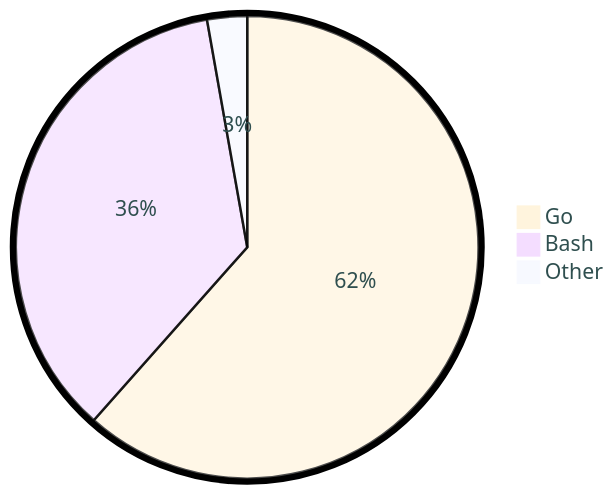
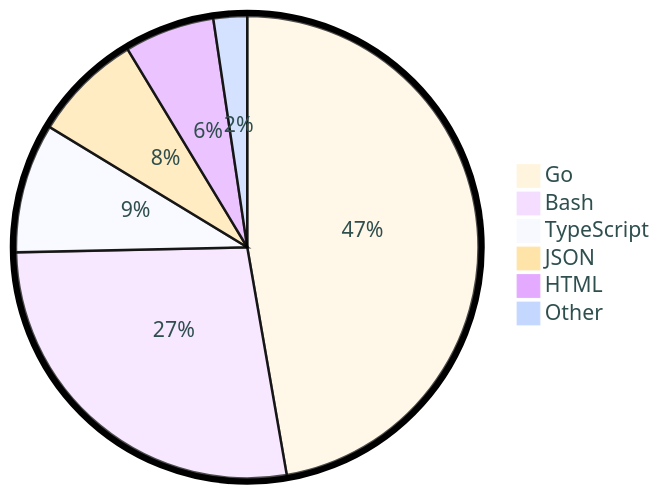
Before and after one commit to tot0p/tot0p: the diagram in README.md, drawn with Mermaid. The commit also changed other lines of this file, not shown here.

````diff
--- a/README.md
+++ b/README.md
@@ -69,7 +76,10 @@
 ```mermaid
 %%{init: {"pie": {"textPosition": 0.5}, "themeVariables": {"pieOuterStrokeWidth": "5px","primaryTextColor" : "#2F4F4F"},"theme":"base"} }%%
 pie
-	"Go": 61.54
-	"Bash": 35.66
-	"Other": 2.79
+	"Go": 47.26
+	"Bash": 27.38
+	"TypeScript": 9.05
+	"JSON": 7.65
+	"HTML": 6.3
+	"Other": 2.35
 ```
````
